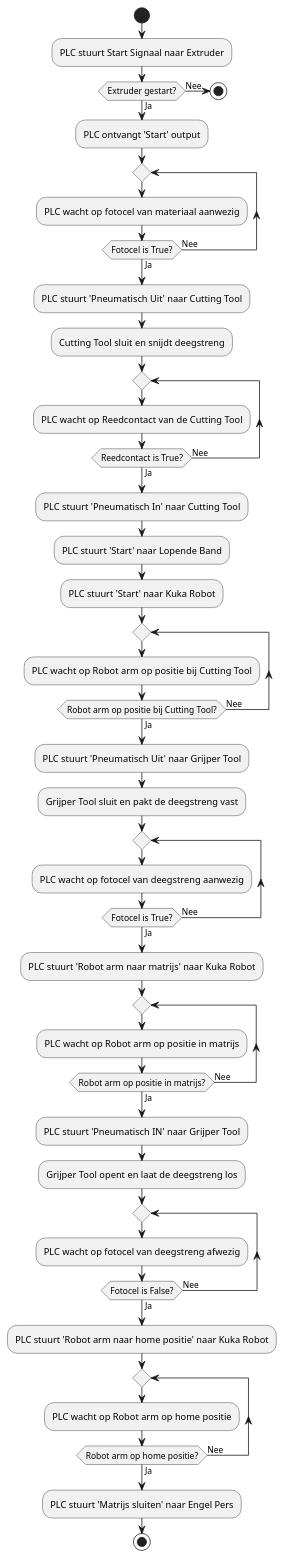
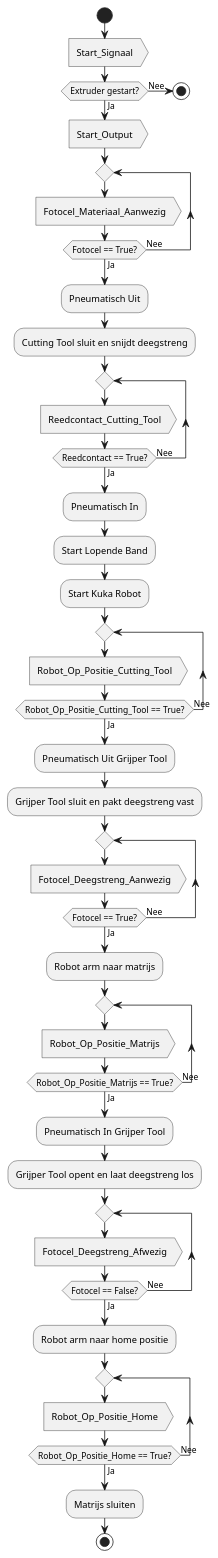
The diagram in src/2_Handling_Process.md (ProcessSafetyLFTGroup/GroupAssignment), drawn with PlantUML before and after one commit. The commit also changed other lines of this file and 4 other files, not shown here.

Commit message:
Hoofdstuk 7 zelfevaluatie van groepswerk toegevoegd, hier de toekomstige verbeterpuntnen al benoemd. verder de flowchart in hoofdstuk 2 aangepast zodat de inputs de juiste vorm hebben.

````diff
--- a/src/2_Handling_Process.md
+++ b/src/2_Handling_Process.md
@@ -8,47 +8,47 @@
 ```plantuml
 @startuml
 start
 
-:PLC stuurt Start Signaal naar Extruder;
+:Start_Signaal>
 if (Extruder gestart?) then (Ja)
-    :PLC ontvangt 'Start' output;
+    :Start_Output>
 else (Nee)
     stop
 endif
 
 repeat
-    :PLC wacht op fotocel van materiaal aanwezig;
-    repeat while (Fotocel is True?) is (Nee) not (Ja)
-        :PLC stuurt 'Pneumatisch Uit' naar Cutting Tool;
+    :Fotocel_Materiaal_Aanwezig>
+    repeat while (Fotocel == True?) is (Nee) not (Ja)
+        :Pneumatisch Uit;
         :Cutting Tool sluit en snijdt deegstreng;
 repeat
-    :PLC wacht op Reedcontact van de Cutting Tool;
-    repeat while (Reedcontact is True?) is (Nee) not (Ja)
-        :PLC stuurt 'Pneumatisch In' naar Cutting Tool;
-        :PLC stuurt 'Start' naar Lopende Band;
-        :PLC stuurt 'Start' naar Kuka Robot;
+    :Reedcontact_Cutting_Tool>
+    repeat while (Reedcontact == True?) is (Nee) not (Ja)
+        :Pneumatisch In;
+        :Start Lopende Band;
+        :Start Kuka Robot;
 repeat
-    :PLC wacht op Robot arm op positie bij Cutting Tool;
-    repeat while (Robot arm op positie bij Cutting Tool?) is (Nee) not (Ja)
-        :PLC stuurt 'Pneumatisch Uit' naar Grijper Tool;
-        :Grijper Tool sluit en pakt de deegstreng vast;
- repeat
-    :PLC wacht op fotocel van deegstreng aanwezig;
-    repeat while (Fotocel is True?) is (Nee) not (Ja)
-        :PLC stuurt 'Robot arm naar matrijs' naar Kuka Robot;       
+    :Robot_Op_Positie_Cutting_Tool>
+    repeat while (Robot_Op_Positie_Cutting_Tool == True?) is (Nee) not (Ja)
+        :Pneumatisch Uit Grijper Tool;
+        :Grijper Tool sluit en pakt deegstreng vast;
 repeat
-    :PLC wacht op Robot arm op positie in matrijs;
-repeat while (Robot arm op positie in matrijs?) is (Nee) not (Ja)
-        :PLC stuurt 'Pneumatisch IN' naar Grijper Tool;
-        :Grijper Tool opent en laat de deegstreng los;
- repeat
-    :PLC wacht op fotocel van deegstreng afwezig;
-    repeat while (Fotocel is False?) is (Nee) not (Ja)
-        :PLC stuurt 'Robot arm naar home positie' naar Kuka Robot;   
- repeat
-    :PLC wacht op Robot arm op home positie;
-    repeat while (Robot arm op home positie?) is (Nee) not (Ja)
-        :PLC stuurt 'Matrijs sluiten' naar Engel Pers; 
+    :Fotocel_Deegstreng_Aanwezig>
+    repeat while (Fotocel == True?) is (Nee) not (Ja)
+        :Robot arm naar matrijs;
+repeat
+    :Robot_Op_Positie_Matrijs>
+    repeat while (Robot_Op_Positie_Matrijs == True?) is (Nee) not (Ja)
+        :Pneumatisch In Grijper Tool;
+        :Grijper Tool opent en laat deegstreng los;
+repeat
+    :Fotocel_Deegstreng_Afwezig>
+    repeat while (Fotocel == False?) is (Nee) not (Ja)
+        :Robot arm naar home positie;
+repeat
+    :Robot_Op_Positie_Home>
+    repeat while (Robot_Op_Positie_Home == True?) is (Nee) not (Ja)
+        :Matrijs sluiten;
 stop
 @enduml
 ```
````
